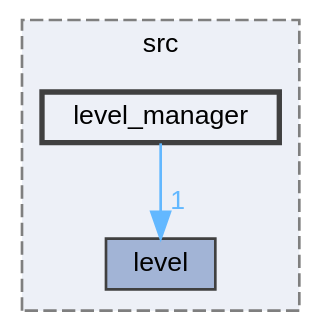
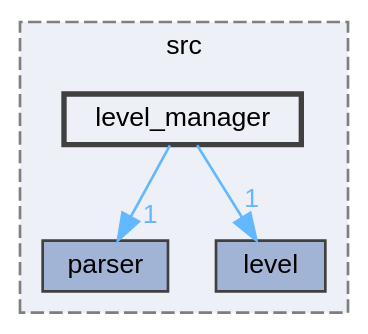
The diagram in dir_1a61ab1baf9342b4b0090bc39c8718b8_dep.dot (Houpsi/R-Type), drawn with Graphviz before and after one commit. The commit also changed 279 other files, not shown here.

```diff
--- a/dir_1a61ab1baf9342b4b0090bc39c8718b8_dep.dot
+++ b/dir_1a61ab1baf9342b4b0090bc39c8718b8_dep.dot
@@ -1,14 +1,16 @@
 digraph "server/src/level_manager"
 {
  // LATEX_PDF_SIZE
   bgcolor="transparent";
   edge [fontname=Helvetica,fontsize=10,labelfontname=Helvetica,labelfontsize=10];
   node [fontname=Helvetica,fontsize=10,shape=box,height=0.2,width=0.4];
   compound=true
   subgraph clusterdir_a063914ab482288b7b0e1b2fca86158c {
     graph [ bgcolor="#edf0f7", pencolor="grey50", label="src", fontname=Helvetica,fontsize=10 style="filled,dashed", URL="dir_a063914ab482288b7b0e1b2fca86158c.html",tooltip=""]
+  dir_0d2bd8aef9a1d5e03f22ed5477f85ed5 [label="parser", fillcolor="#a2b4d6", color="grey25", style="filled", URL="dir_0d2bd8aef9a1d5e03f22ed5477f85ed5.html",tooltip=""];
   dir_bb42df2f0e903765673454be575ec619 [label="level", fillcolor="#a2b4d6", color="grey25", style="filled", URL="dir_bb42df2f0e903765673454be575ec619.html",tooltip=""];
   dir_1a61ab1baf9342b4b0090bc39c8718b8 [label="level_manager", fillcolor="#edf0f7", color="grey25", style="filled,bold", URL="dir_1a61ab1baf9342b4b0090bc39c8718b8.html",tooltip=""];
   }
+  dir_1a61ab1baf9342b4b0090bc39c8718b8->dir_0d2bd8aef9a1d5e03f22ed5477f85ed5 [headlabel="1", labeldistance=1.5 headhref="dir_000004_000005.html" href="dir_000004_000005.html" color="steelblue1" fontcolor="steelblue1"];
   dir_1a61ab1baf9342b4b0090bc39c8718b8->dir_bb42df2f0e903765673454be575ec619 [headlabel="1", labeldistance=1.5 headhref="dir_000004_000003.html" href="dir_000004_000003.html" color="steelblue1" fontcolor="steelblue1"];
 }
```
